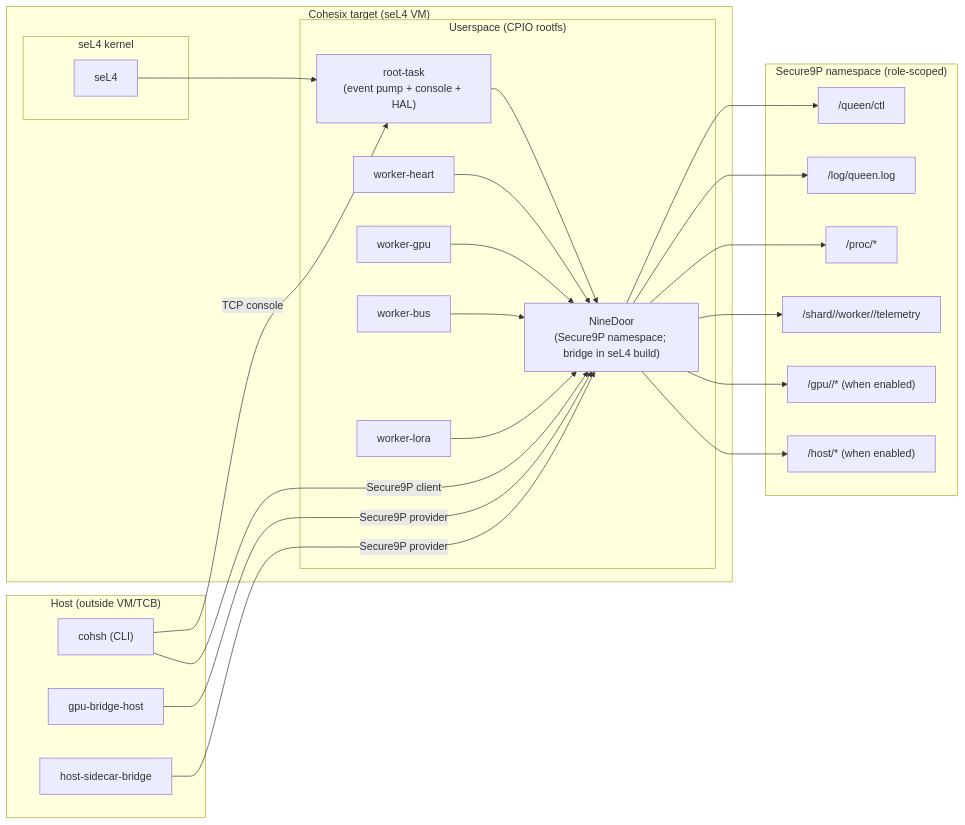
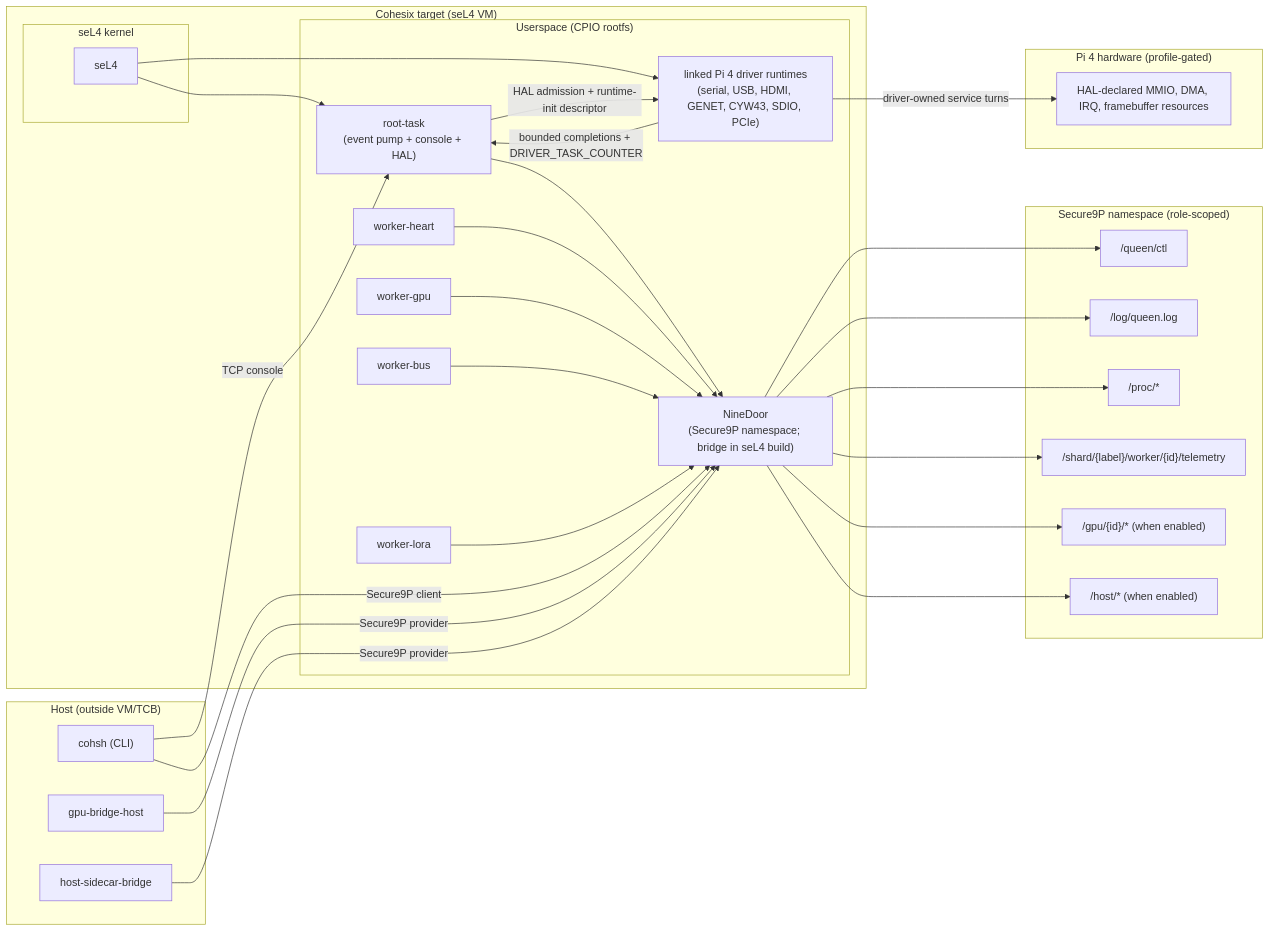
Before and after one commit to lukeb-aidev/cohesix: the first of 5 diagrams in docs/ARCHITECTURE.md, drawn with Mermaid. The commit also changed other lines of this file, not shown here.

Commit message:
docs: align architecture driver runtime model

````diff
--- a/docs/ARCHITECTURE.md
+++ b/docs/ARCHITECTURE.md
@@ -154,49 +167,58 @@
 ```mermaid
 flowchart LR
   subgraph Host["Host (outside VM/TCB)"]
     Cohsh["cohsh (CLI)"]
     GPUB["gpu-bridge-host"]
     HS["host-sidecar-bridge"]
   end
 
   subgraph VM["Cohesix target (seL4 VM)"]
     subgraph K["seL4 kernel"]
       SEL4["seL4"]
     end
     subgraph U["Userspace (CPIO rootfs)"]
       RT["root-task\n(event pump + console + HAL)"]
+      DRT["linked Pi 4 driver runtimes\n(serial, USB, HDMI, GENET, CYW43, SDIO, PCIe)"]
       ND["NineDoor\n(Secure9P namespace; bridge in seL4 build)"]
       WH["worker-heart"]
       WG["worker-gpu"]
       WB["worker-bus"]
       WL["worker-lora"]
     end
   end
 
   subgraph NS["Secure9P namespace (role-scoped)"]
     QCTL["/queen/ctl"]
     LOG["/log/queen.log"]
     PROC["/proc/*"]
-    TEL["/shard/<label>/worker/<id>/telemetry"]
-    GPU["/gpu/<id>/* (when enabled)"]
+    TEL["/shard/{label}/worker/{id}/telemetry"]
+    GPU["/gpu/{id}/* (when enabled)"]
     HOST["/host/* (when enabled)"]
   end
 
+  subgraph HW["Pi 4 hardware (profile-gated)"]
+    DEV["HAL-declared MMIO, DMA, IRQ, framebuffer resources"]
+  end
+
   SEL4 --> RT
+  SEL4 --> DRT
+  RT -->|"HAL admission + runtime-init descriptor"| DRT
+  DRT -->|"bounded completions + DRIVER_TASK_COUNTER"| RT
+  DRT -->|"driver-owned service turns"| DEV
   RT --> ND
   WH --> ND
   WG --> ND
   WB --> ND
   WL --> ND
   ND --> QCTL
   ND --> LOG
   ND --> PROC
   ND --> TEL
   ND --> GPU
   ND --> HOST
 
   Cohsh -->|"TCP console"| RT
   Cohsh -->|"Secure9P client"| ND
   GPUB -->|"Secure9P provider"| ND
   HS -->|"Secure9P provider"| ND
 ```
````
